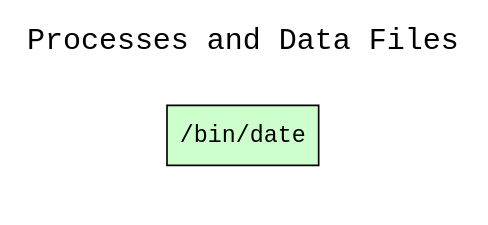
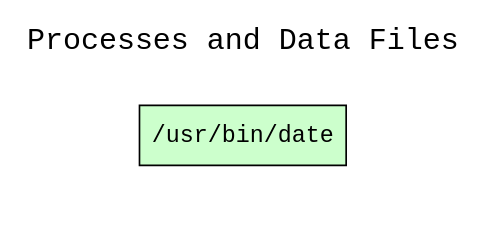
One commit to CIRSS/cpr changed the diagram in examples/01-date-cmd/graphs.d/wt_processes_and_data_files.dot. Above: the diagram before and after it, drawn with Graphviz. The commit also changed 65 other files, not shown here.

```diff
--- a/examples/01-date-cmd/graphs.d/wt_processes_and_data_files.dot
+++ b/examples/01-date-cmd/graphs.d/wt_processes_and_data_files.dot
@@ -1,12 +1,12 @@
 
 digraph wt_run {
 rankdir=LR
 fontname=Courier; fontsize=18; labelloc=t
 label="Processes and Data Files"
 subgraph cluster_inputs { label=""; color=white; penwidth=0
 subgraph cluster_inputs_inner { label=""; color=white
 node[shape=box style="filled" fillcolor="#CCFFCC" peripheries=1 fontname=Courier]
-"exe:e2" [label="/bin/date"]
+"exe:e2" [label="/usr/bin/date"]
 node[shape=box style="rounded,filled" fillcolor="#FFFFCC" peripheries=1 fontname=Helvetica]
 }}
 }
```
